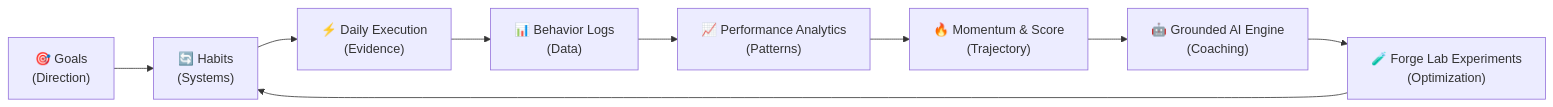
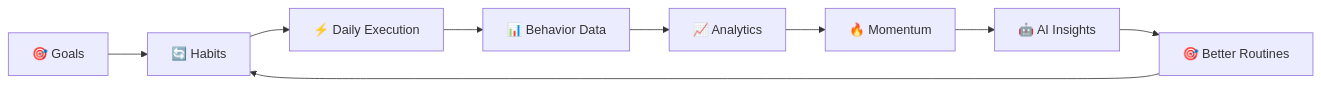
One commit to tensor-ops/DailyForge changed the first of 4 diagrams in README.md. Above: the diagram before and after it, drawn with Mermaid. The commit also changed other lines of this file and 37 other files, not shown here.

````diff
--- a/README.md
+++ b/README.md
@@ -88,11 +77,11 @@
 ```mermaid
 flowchart LR
-    A["🎯 Goals\n(Direction)"] --> B["🔄 Habits\n(Systems)"]
-    B --> C["⚡ Daily Execution\n(Evidence)"]
-    C --> D["📊 Behavior Logs\n(Data)"]
-    D --> E["📈 Performance Analytics\n(Patterns)"]
-    E --> F["🔥 Momentum & Score\n(Trajectory)"]
-    F --> G["🤖 Grounded AI Engine\n(Coaching)"]
-    G --> H["🧪 Forge Lab Experiments\n(Optimization)"]
+    A[🎯 Goals] --> B[🔄 Habits]
+    B --> C[⚡ Daily Execution]
+    C --> D[📊 Behavior Data]
+    D --> E[📈 Analytics]
+    E --> F[🔥 Momentum]
+    F --> G[🤖 AI Insights]
+    G --> H[🎯 Better Routines]
     H --> B
 ```
````
